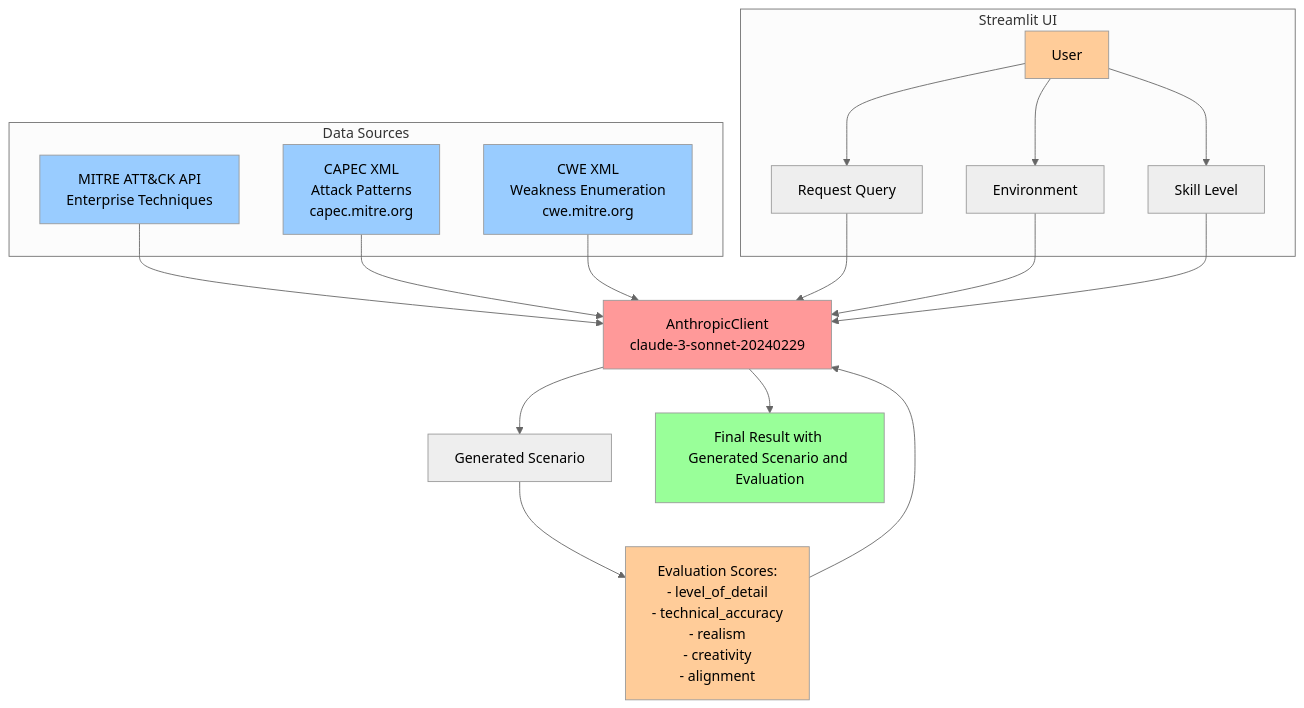
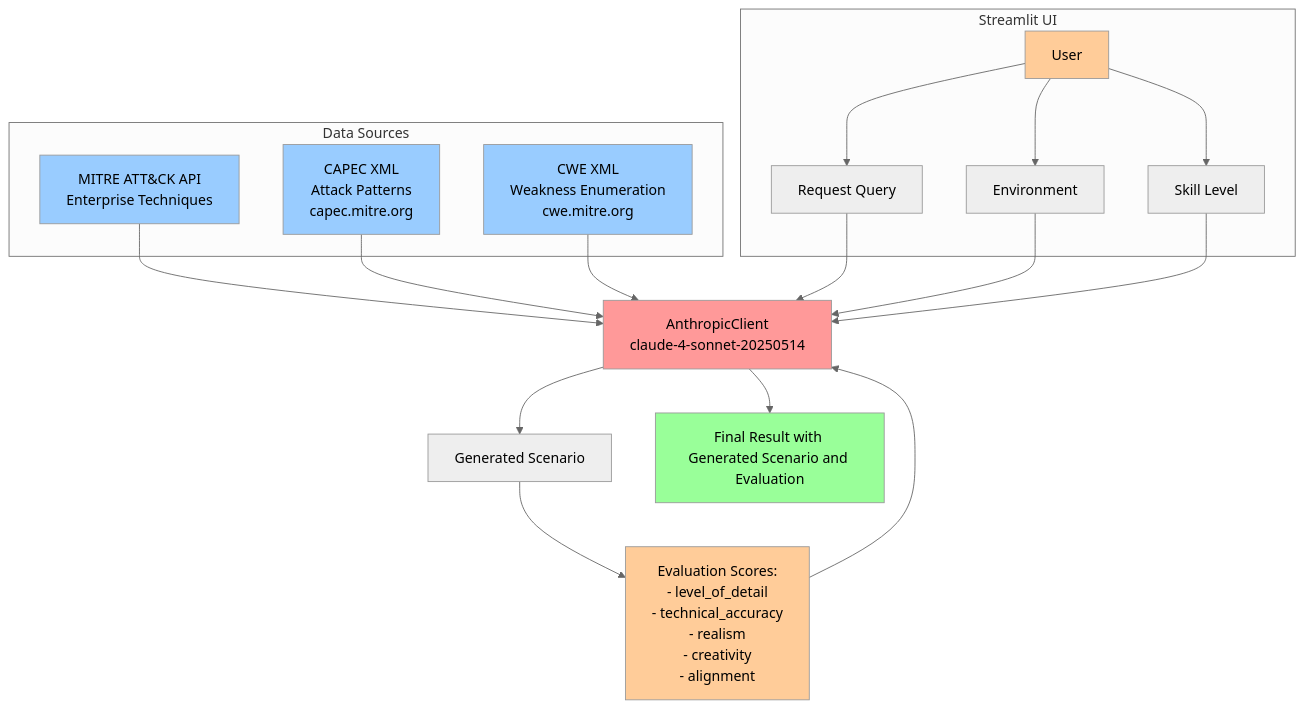
The diagram in README.md (aholt21754/red-team-scenario-generator), drawn with Mermaid (neutral theme) before and after one commit.

Commit message:
Update AnthropicClient version in README

````diff
--- a/README.md
+++ b/README.md
@@ -4,42 +4,42 @@
 ```mermaid
 ---
 config:
   layout: dagre
 ---
 flowchart TB
  subgraph subGraph0["Data Sources"]
         A1["MITRE ATT&amp;CK API<br>Enterprise Techniques"]
         A2["CAPEC XML<br>Attack Patterns<br>capec.mitre.org"]
         A3["CWE XML<br>Weakness Enumeration<br>cwe.mitre.org"]
   end
   subgraph subGraph7["Streamlit UI"]
         BA["User"]
         BB["Request Query"]
         BC["Environment"]
         BD["Skill Level"]
   end
-       U["AnthropicClient<br>claude-3-sonnet-20240229"]
+       U["AnthropicClient<br>claude-4-sonnet-20250514"]
        AB["Generated Scenario"]
        AH["Evaluation Scores:<br>- level_of_detail<br>- technical_accuracy<br>- realism<br>- creativity<br>- alignment"]
        AC["Final Result with Generated Scenario and Evaluation"]
 A1 --> U
 A2 --> U
 A3 --> U
 BA --> BB
 BA --> BC
 BA --> BD
 BB --> U
 BC --> U
 BD --> U
 AH --> U
 U --> AB
 AB --> AH
 U --> AC
     style AC fill:#99ff99
     style A1 fill:#99ccff
     style U fill:#ff9999
     style BA fill:#ffcc99
     style A2 fill:#99ccff
     style A3 fill:#99ccff
     style AH fill:#ffcc99
 ```
````
